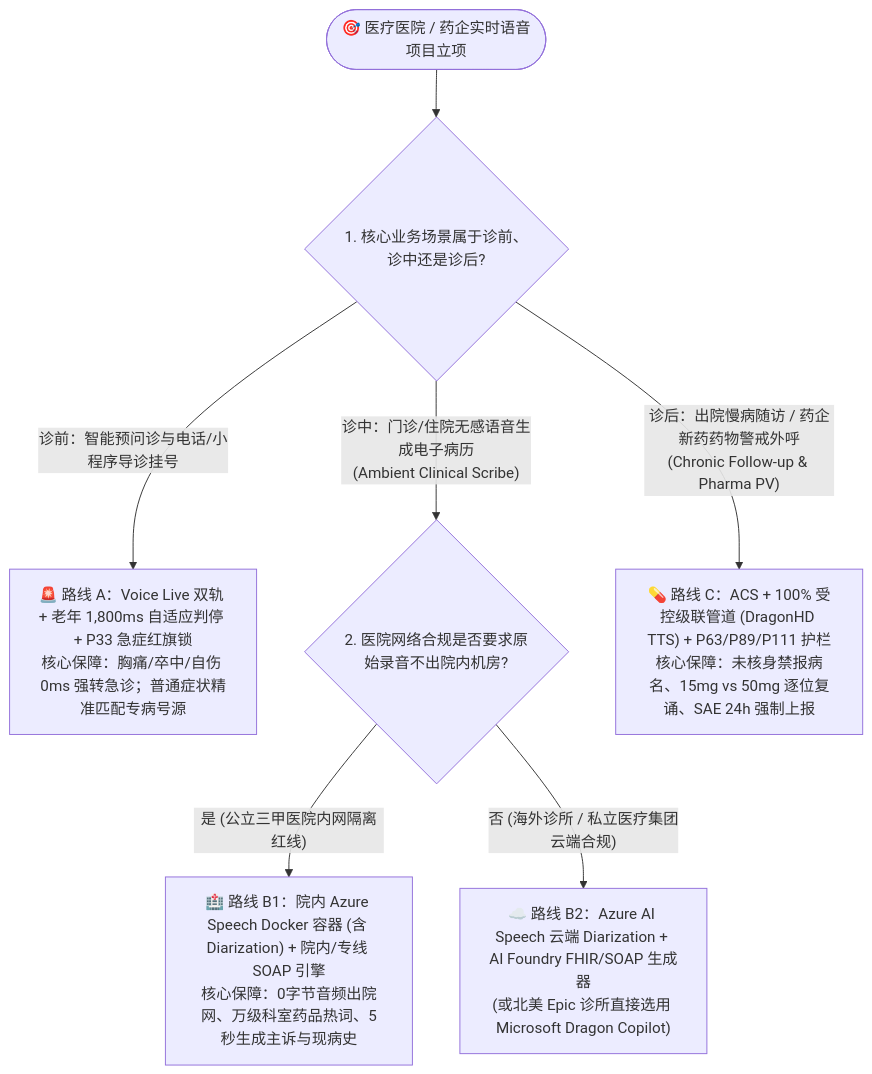
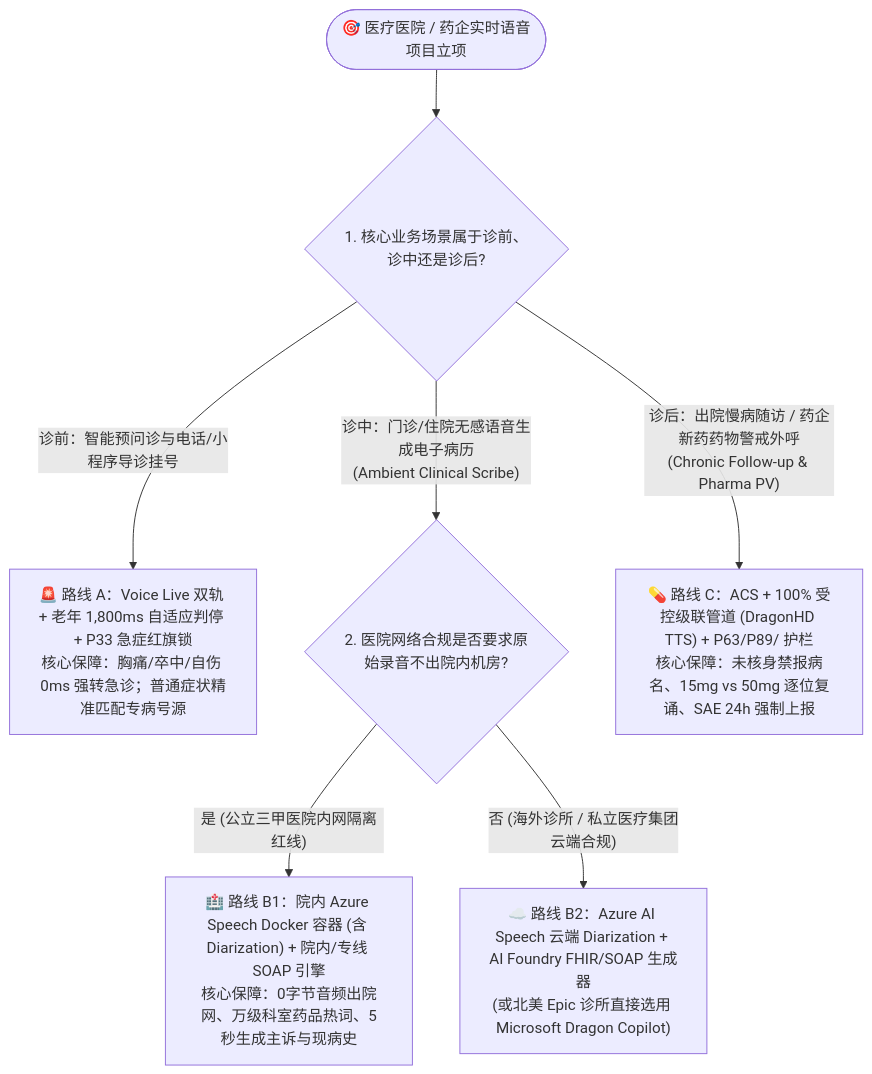
Before and after one commit to turbo998/voice-agent-lab: the first of 3 diagrams in docs/healthcare-clinical-triage-chronic-followup-ambient-scribe-voice-selection-faq.md, drawn with Mermaid. The commit also changed other lines of this file and 715 other files, not shown here.

````diff
--- a/docs/healthcare-clinical-triage-chronic-followup-ambient-scribe-voice-selection-faq.md
+++ b/docs/healthcare-clinical-triage-chronic-followup-ambient-scribe-voice-selection-faq.md
@@ -84,13 +84,13 @@
 ```mermaid
 flowchart TD
-    Start(["🎯 医疗医院 / 药企实时语音项目立项"]) --> Q1{"1. 核心业务场景属于诊前、诊中还是诊后?"}
-    
-    Q1 -- "诊前：智能预问诊与电话/小程序导诊挂号" --> ChoiceTriage["🚨 路线 A：Voice Live 双轨 + 老年 1,800ms 自适应判停 + P33 急症红旗锁<br/>核心保障：胸痛/卒中/自伤 0ms 强转急诊；普通症状精准匹配专病号源"]
-    
-    Q1 -- "诊中：门诊/住院无感语音生成电子病历<br/>(Ambient Clinical Scribe)" --> Q2{"2. 医院网络合规是否要求原始录音不出院内机房?"}
-    
-    Q2 -- "是 (公立三甲医院内网隔离红线)" --> ChoiceScribe_OnPrem["🏥 路线 B1：院内 Azure Speech Docker 容器 (含 Diarization) + 院内/专线 SOAP 引擎<br/>核心保障：0字节音频出院网、万级科室药品热词、5秒生成主诉与现病史"]
-    Q2 -- "否 (海外诊所 / 私立医疗集团云端合规)" --> ChoiceScribe_Cloud["☁️ 路线 B2：Azure AI Speech 云端 Diarization + AI Foundry FHIR/SOAP 生成器<br/>(或北美 Epic 诊所直接选用 Microsoft Dragon Copilot)"]
-    
-    Q1 -- "诊后：出院慢病随访 / 药企新药药物警戒外呼<br/>(Chronic Follow-up & Pharma PV)" --> ChoiceFollowup["💊 路线 C：ACS + 100% 受控级联管道 (DragonHD TTS) + P63/P89/P111 护栏<br/>核心保障：未核身禁报病名、15mg vs 50mg 逐位复诵、SAE 24h 强制上报"]
+ Start(["🎯 医疗医院 / 药企实时语音项目立项"]) --> Q1{"1. 核心业务场景属于诊前、诊中还是诊后?"}
+ 
+ Q1 -- "诊前：智能预问诊与电话/小程序导诊挂号" --> ChoiceTriage["🚨 路线 A：Voice Live 双轨 + 老年 1,800ms 自适应判停 + P33 急症红旗锁<br/>核心保障：胸痛/卒中/自伤 0ms 强转急诊；普通症状精准匹配专病号源"]
+ 
+ Q1 -- "诊中：门诊/住院无感语音生成电子病历<br/>(Ambient Clinical Scribe)" --> Q2{"2. 医院网络合规是否要求原始录音不出院内机房?"}
+ 
+ Q2 -- "是 (公立三甲医院内网隔离红线)" --> ChoiceScribe_OnPrem["🏥 路线 B1：院内 Azure Speech Docker 容器 (含 Diarization) + 院内/专线 SOAP 引擎<br/>核心保障：0字节音频出院网、万级科室药品热词、5秒生成主诉与现病史"]
+ Q2 -- "否 (海外诊所 / 私立医疗集团云端合规)" --> ChoiceScribe_Cloud["☁️ 路线 B2：Azure AI Speech 云端 Diarization + AI Foundry FHIR/SOAP 生成器<br/>(或北美 Epic 诊所直接选用 Microsoft Dragon Copilot)"]
+ 
+ Q1 -- "诊后：出院慢病随访 / 药企新药药物警戒外呼<br/>(Chronic Follow-up & Pharma PV)" --> ChoiceFollowup["💊 路线 C：ACS + 100% 受控级联管道 (DragonHD TTS) + P63/P89/ 护栏<br/>核心保障：未核身禁报病名、15mg vs 50mg 逐位复诵、SAE 24h 强制上报"]
 ```
````
